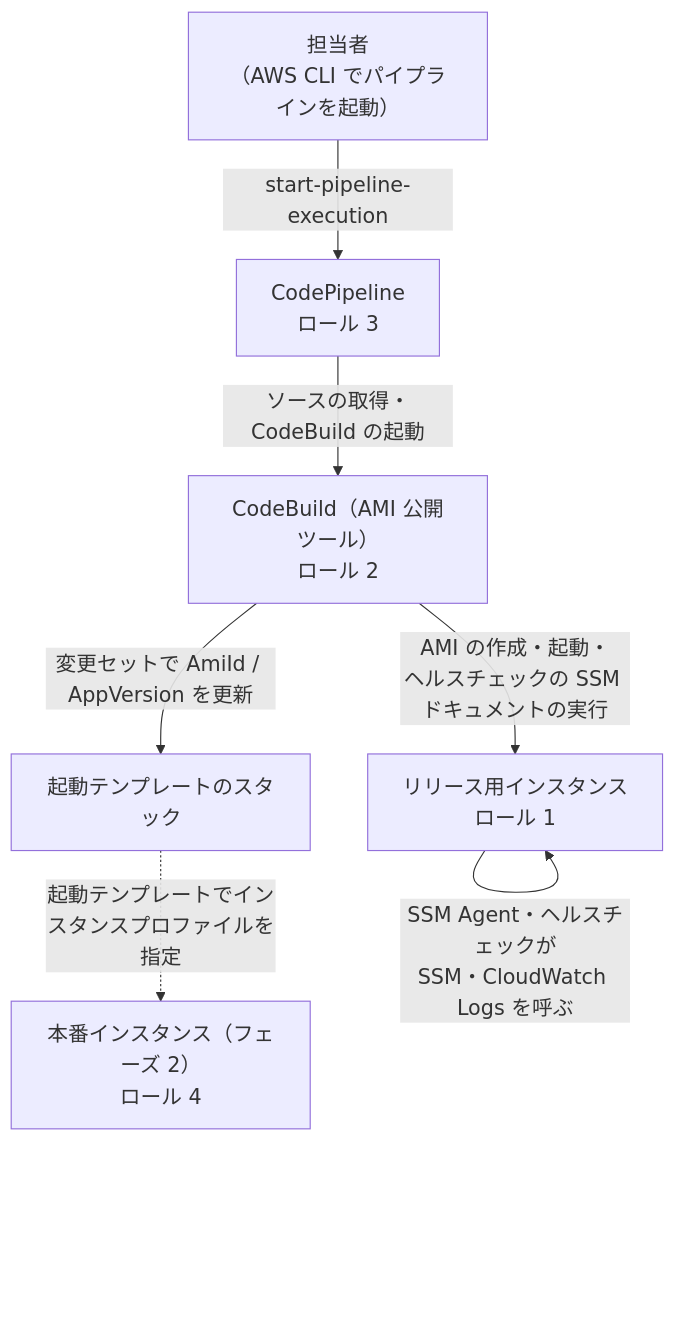
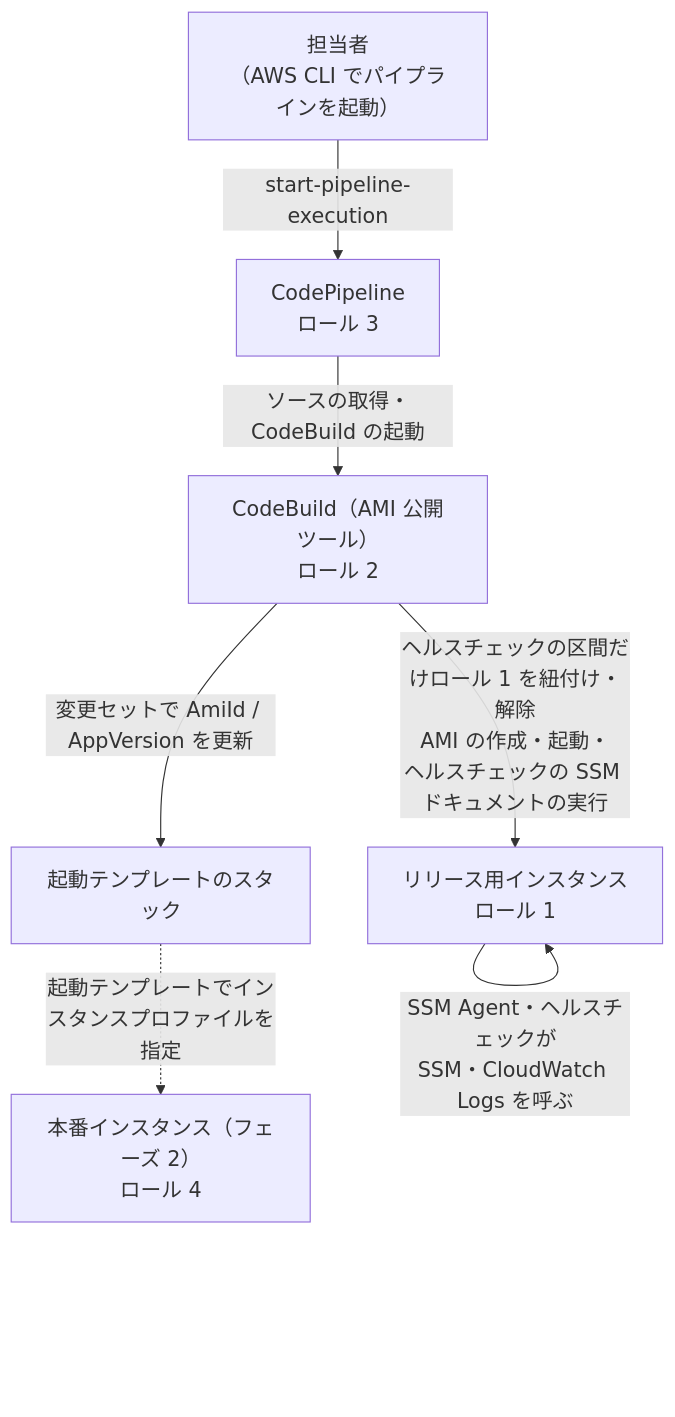
Before and after one commit to rxsxkxd/pk: the diagram in docs/ec2/ami-publish-iam-roles.md, drawn with Mermaid. The commit also changed other lines of this file and 30 other files, not shown here.

````diff
--- a/docs/ec2/ami-publish-iam-roles.md
+++ b/docs/ec2/ami-publish-iam-roles.md
@@ -25,17 +27,17 @@
 ```mermaid
 %%{init: {"themeVariables": {"fontSize": "18px"}}}%%
 flowchart TD
     Operator["担当者<br/>（AWS CLI でパイプラインを起動）"]
     Pipeline["CodePipeline<br/>ロール 3"]
     Build["CodeBuild（AMI 公開ツール）<br/>ロール 2"]
     Release["リリース用インスタンス<br/>ロール 1"]
     Stack["起動テンプレートのスタック"]
     Production["本番インスタンス（フェーズ 2）<br/>ロール 4"]
 
     Operator -->|start-pipeline-execution| Pipeline
     Pipeline -->|ソースの取得・CodeBuild の起動| Build
-    Build -->|AMI の作成・起動・<br/>ヘルスチェックの SSM ドキュメントの実行| Release
+    Build -->|ヘルスチェックの区間だけロール 1 を紐付け・解除<br/>AMI の作成・起動・<br/>ヘルスチェックの SSM ドキュメントの実行| Release
     Release -->|SSM Agent・ヘルスチェックが<br/>SSM・CloudWatch Logs を呼ぶ| Release
     Build -->|変更セットで AmiId / AppVersion を更新| Stack
     Stack -.->|起動テンプレートでインスタンスプロファイルを指定| Production
 ```
````
